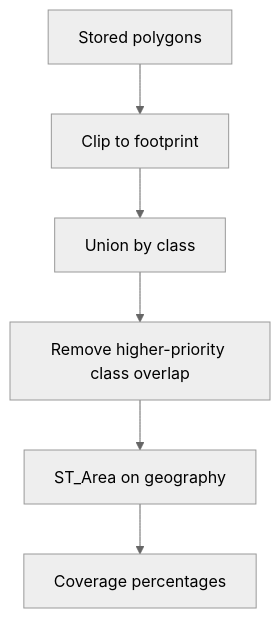
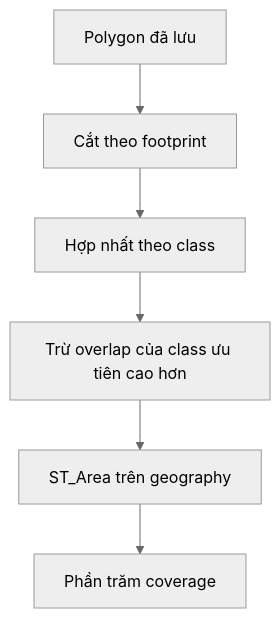
The diagram in docs/INFERENCE_AND_STITCHING.md (Dinhthuy2k5/remote-sensing-pipeline), drawn with Mermaid (neutral theme) before and after one commit. The commit also changed other lines of this file and 5 other files, not shown here.

````diff
--- a/docs/INFERENCE_AND_STITCHING.md
+++ b/docs/INFERENCE_AND_STITCHING.md
@@ -223,11 +227,11 @@
 ```mermaid
 flowchart TB
-    Stored["Stored polygons"]
-    Clip["Clip to footprint"]
-    Union["Union by class"]
-    Resolve["Remove higher-priority class overlap"]
-    Area["ST_Area on geography"]
-    Percent["Coverage percentages"]
+    Stored["Polygon đã lưu"]
+    Clip["Cắt theo footprint"]
+    Union["Hợp nhất theo class"]
+    Resolve["Trừ overlap của class ưu tiên cao hơn"]
+    Area["ST_Area trên geography"]
+    Percent["Phần trăm coverage"]
 
     Stored --> Clip --> Union --> Resolve --> Area --> Percent
 ```
````
